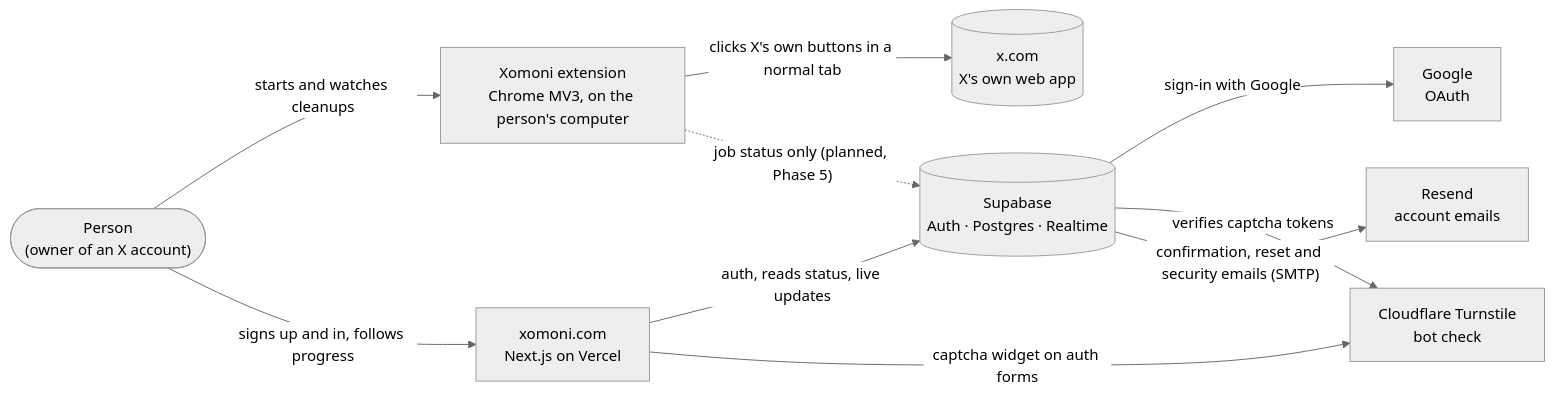
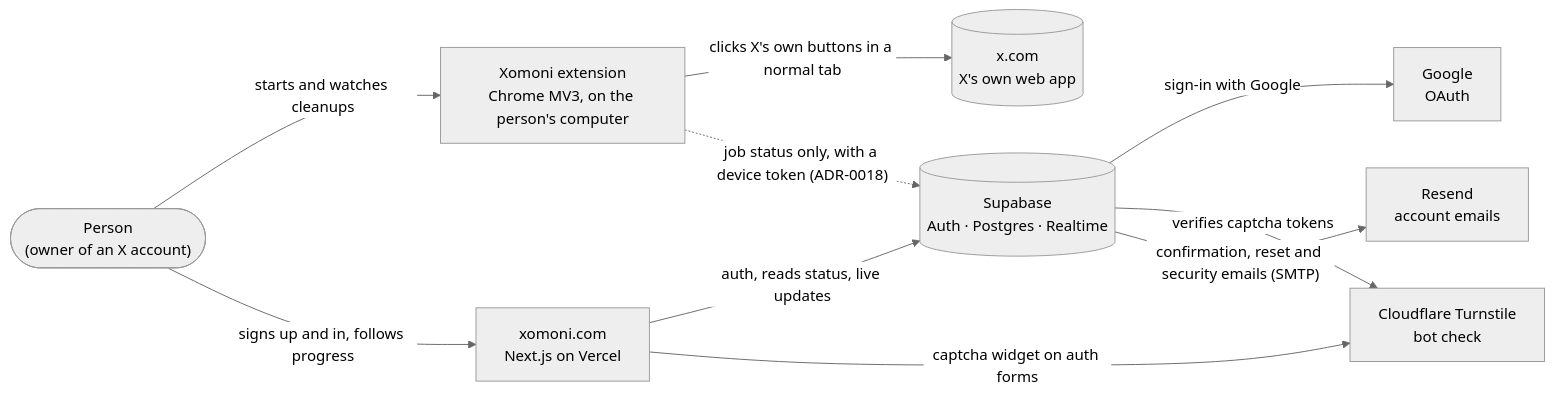
One commit to pirdehi/xomoni changed the first of 5 diagrams in docs/ARCHITECTURE.md. Above: the diagram before and after it, drawn with Mermaid (neutral theme). The commit also changed other lines of this file and 37 other files, not shown here.

First line of the commit message:
Connect the extension to xomoni.com with a one-time code, and report job status (#112)

````diff
--- a/docs/ARCHITECTURE.md
+++ b/docs/ARCHITECTURE.md
@@ -29,21 +29,21 @@
 ```mermaid
 flowchart LR
   person(["Person<br/>(owner of an X account)"])
   ext["Xomoni extension<br/>Chrome MV3, on the person's computer"]
   web["xomoni.com<br/>Next.js on Vercel"]
   x[("x.com<br/>X's own web app")]
   sb[("Supabase<br/>Auth · Postgres · Realtime")]
   google["Google<br/>OAuth"]
   resend["Resend<br/>account emails"]
   turnstile["Cloudflare Turnstile<br/>bot check"]
 
   person -- "starts and watches cleanups" --> ext
   person -- "signs up and in, follows progress" --> web
   ext -- "clicks X's own buttons in a normal tab" --> x
-  ext -. "job status only (planned, Phase 5)" .-> sb
+  ext -. "job status only, with a device token (ADR-0018)" .-> sb
   web -- "auth, reads status, live updates" --> sb
   web -- "captcha widget on auth forms" --> turnstile
   sb -- "sign-in with Google" --> google
   sb -- "verifies captcha tokens" --> turnstile
   sb -- "confirmation, reset and security emails (SMTP)" --> resend
 ```
````
